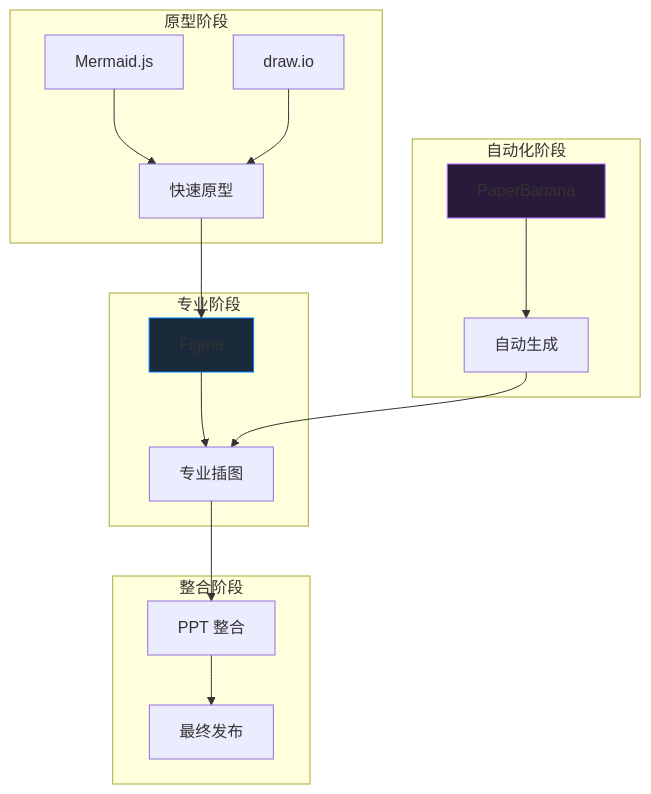
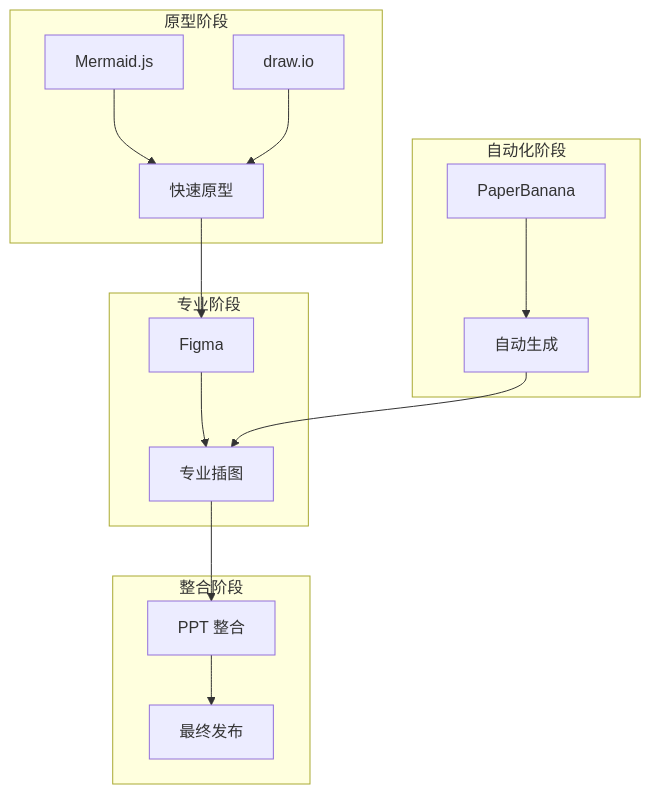
Before and after one commit to yiweinanzi/ai-research-ebook: the first of 3 diagrams in src/content/docs/figures/tools.mdx, drawn with Mermaid. The commit also changed other lines of this file and 8 other files, not shown here.

First line of the commit message:
feat: enhance homepage and diagram scripts

````diff
--- a/src/content/docs/figures/tools.mdx
+++ b/src/content/docs/figures/tools.mdx
@@ -30,25 +30,23 @@
 ```mermaid
 flowchart TD
     subgraph 原型阶段
         A[Mermaid.js] --> B[快速原型]
         C[draw.io] --> B
     end
 
     subgraph 专业阶段
         B --> D[Figma]
         D --> E[专业插图]
     end
 
     subgraph 自动化阶段
         F[PaperBanana] --> G[自动生成]
         G --> E
     end
 
     subgraph 整合阶段
         E --> H[PPT 整合]
         H --> I[最终发布]
     end
 
-    style F fill:#2a1a3a,stroke:#ab68ff
-    style D fill:#1a2a3a,stroke:#007aff
 ```
````
